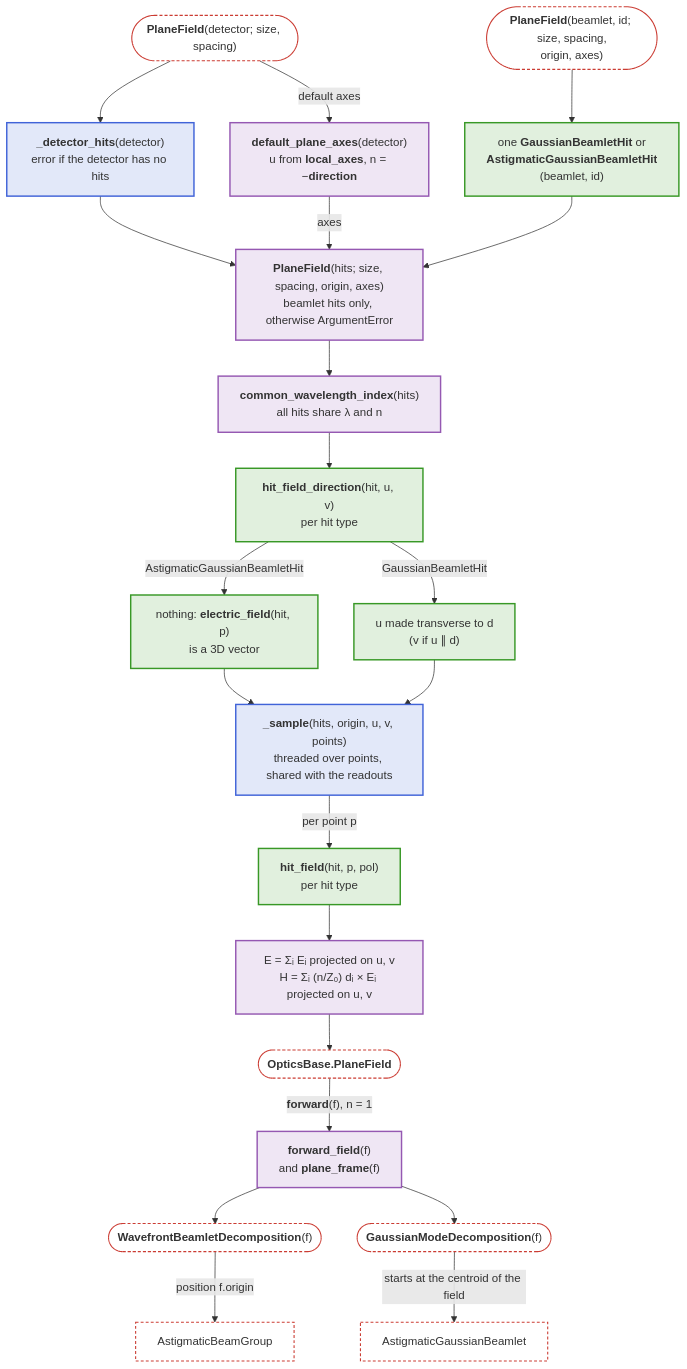
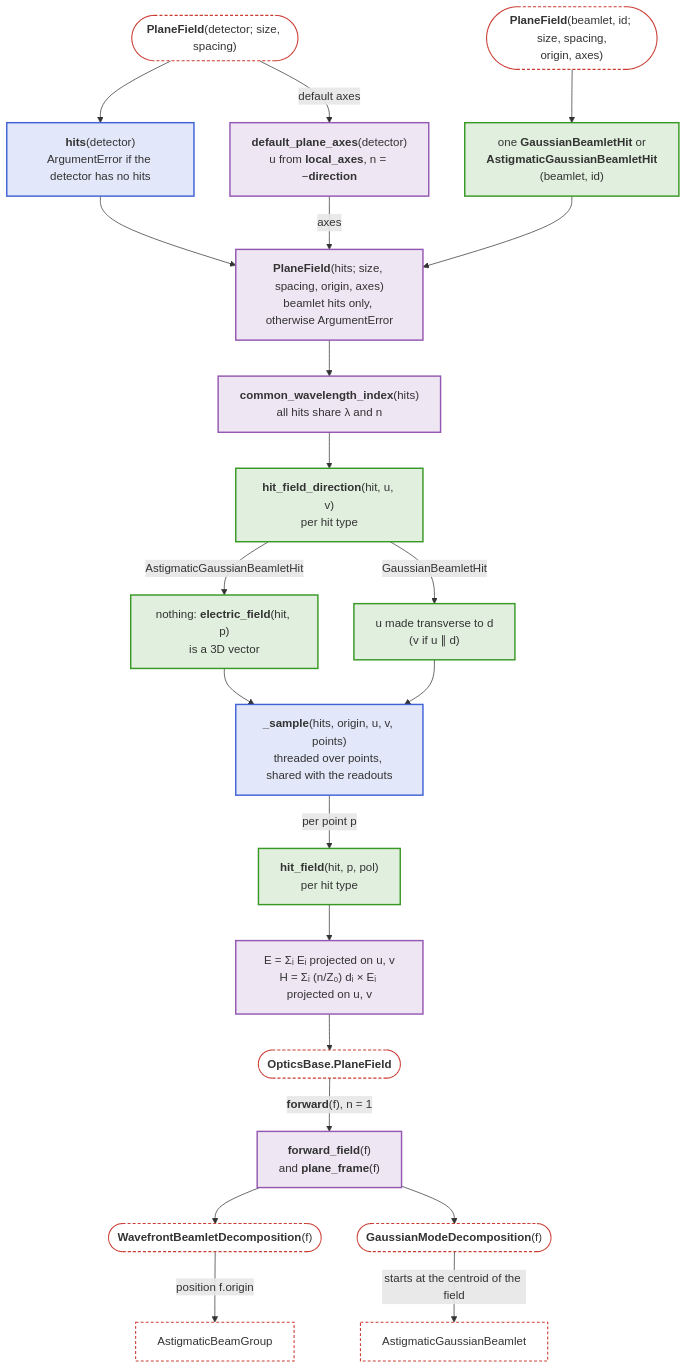
One commit to JuliaPhysics/BeamletOptics.jl changed the third of 3 diagrams in docs/src/basics/components/detectors.md. Above: the diagram before and after it, drawn with Mermaid. The commit also changed other lines of this file and 15 other files, not shown here.

First line of the commit message:
Feature: empty detector readout improvement, ray_hits (#211)

````diff
--- a/docs/src/basics/components/detectors.md
+++ b/docs/src/basics/components/detectors.md
@@ -199,33 +215,33 @@
 ```mermaid
 flowchart TB
-    DET(["<b>PlaneField</b>(detector; size, spacing)"]) --> DH["<b>_detector_hits</b>(detector)<br/>error if the detector has no hits"]
+    DET(["<b>PlaneField</b>(detector; size, spacing)"]) --> DH["<b>hits</b>(detector)<br/>ArgumentError if the detector has no hits"]
     DET -- "default axes" --> DA["<b>default_plane_axes</b>(detector)<br/>u from <b>local_axes</b>, n = −<b>direction</b>"]
     BEAM(["<b>PlaneField</b>(beamlet, id; size, spacing,<br/>origin, axes)"]) --> OH["one <b>GaussianBeamletHit</b> or<br/><b>AstigmaticGaussianBeamletHit</b><br/>(beamlet, id)"]
     DH --> PH
     DA -- "axes" --> PH
     OH --> PH
     PH["<b>PlaneField</b>(hits; size, spacing, origin, axes)<br/>beamlet hits only, otherwise ArgumentError"]
     PH --> CW["<b>common_wavelength_index</b>(hits)<br/>all hits share λ and n"]
     CW --> HFD["<b>hit_field_direction</b>(hit, u, v)<br/>per hit type"]
     HFD -- AstigmaticGaussianBeamletHit --> HA["nothing: <b>electric_field</b>(hit, p)<br/>is a 3D vector"]
     HFD -- GaussianBeamletHit --> HG["u made transverse to d<br/>(v if u ∥ d)"]
     HA --> SM["<b>_sample</b>(hits, origin, u, v, points)<br/>threaded over points, shared with the readouts"]
     HG --> SM
     SM -- "per point p" --> HF["<b>hit_field</b>(hit, p, pol)<br/>per hit type"]
     HF --> EH["E = Σᵢ Eᵢ projected on u, v<br/>H = Σᵢ (n/Z₀) dᵢ × Eᵢ projected on u, v"]
     EH --> PF(["<b>OpticsBase.PlaneField</b>"])
     PF -- "<b>forward</b>(f), n = 1" --> FF["<b>forward_field</b>(f)<br/>and <b>plane_frame</b>(f)"]
     FF --> WD(["<b>WavefrontBeamletDecomposition</b>(f)"])
     FF --> GD(["<b>GaussianModeDecomposition</b>(f)"])
     WD -- "position f.origin" --> BG["AstigmaticBeamGroup"]
     GD -- "starts at the centroid of the field" --> AB["AstigmaticGaussianBeamlet"]
 
     classDef blue fill:#4063D826,stroke:#4063D8,stroke-width:2px
     classDef green fill:#38982626,stroke:#389826,stroke-width:2px
     classDef purple fill:#9558B226,stroke:#9558B2,stroke-width:2px
     classDef terminal fill:transparent,stroke:#CB3C33,stroke-width:1.5px,stroke-dasharray:4 3
     class DH,SM blue
     class OH,HFD,HA,HG,HF green
     class DA,PH,CW,EH,FF purple
     class DET,BEAM,PF,WD,GD,BG,AB terminal
 ```
````
